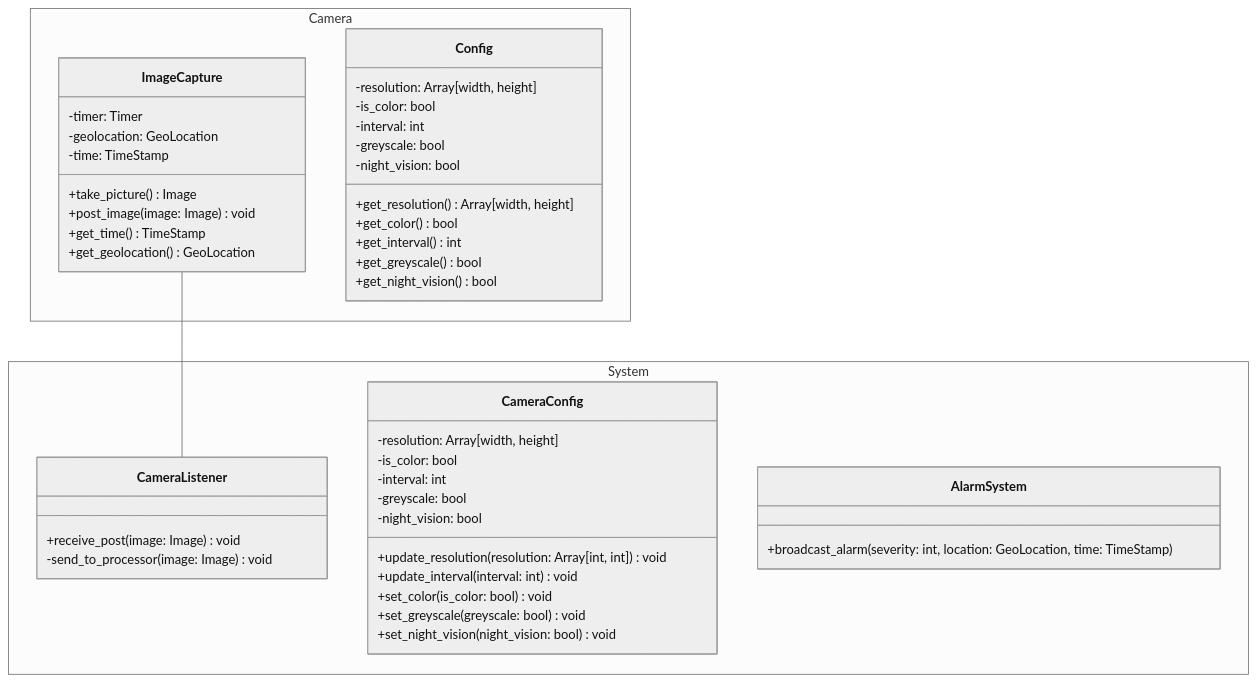
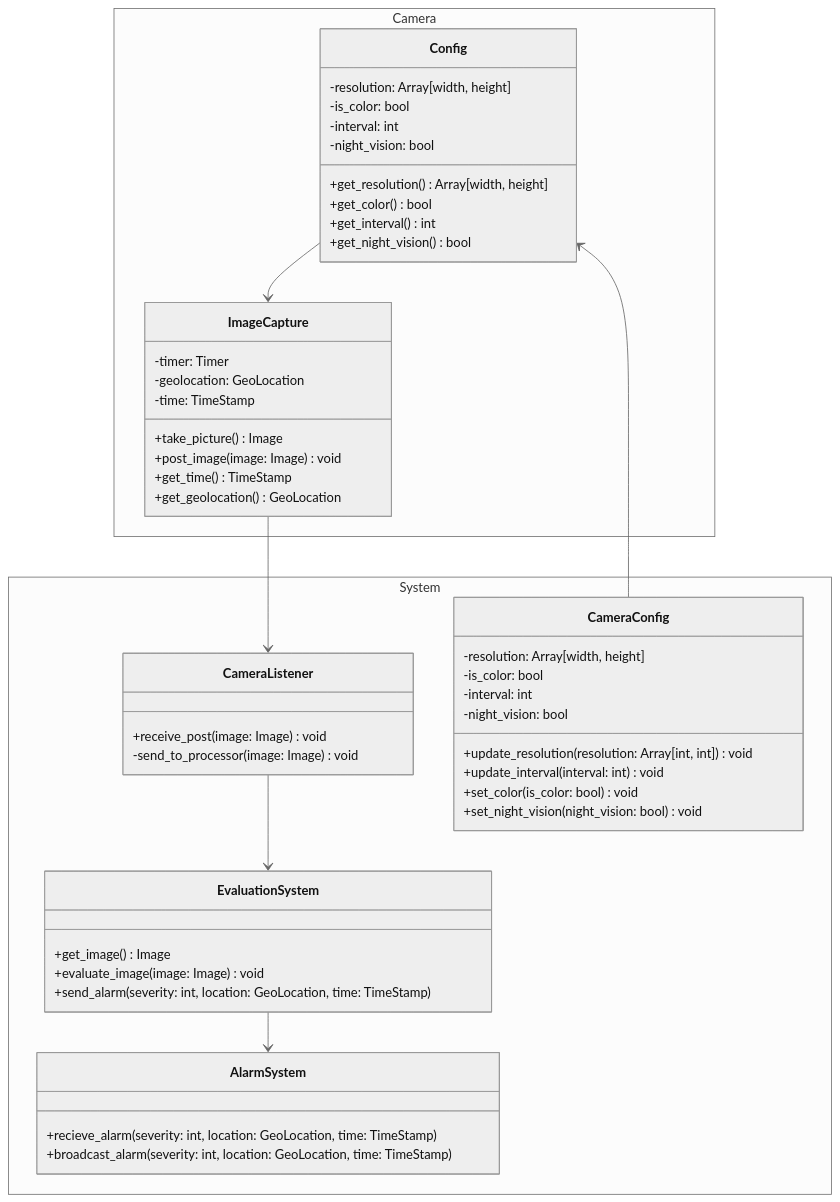
One commit to RandomBird058/CS250-F26-Group7 changed the diagram in backend_UML_class_diagram.mmd. Above: the diagram before and after it, drawn with Mermaid (neutral theme).

Commit message:
Added EvaluationSystem and connecting arrows.

```diff
--- a/backend_UML_class_diagram.mmd
+++ b/backend_UML_class_diagram.mmd
@@ -1,54 +1,63 @@
 classDiagram
-    namespace Camera {
-        class ImageCapture {
-            -timer: Timer
-            -geolocation: GeoLocation
-            -time: TimeStamp
+   
+   ImageCapture --> CameraListener
+    Config --> ImageCapture
+   Config <-- CameraConfig
+   CameraListener --> EvaluationSystem
+   EvaluationSystem --> AlarmSystem
+
+   namespace Camera {
+    class ImageCapture {
+        -timer: Timer
+        -geolocation: GeoLocation
+        -time: TimeStamp
 
             +take_picture() Image
             +post_image(image: Image) void
             +get_time() TimeStamp
             +get_geolocation() GeoLocation
         }
 
         class Config {
             -resolution: Array[width, height]
             -is_color: bool
             -interval: int
-            -greyscale: bool
             -night_vision: bool
 
             +get_resolution() Array[width, height]
             +get_color() bool
             +get_interval() int
-            +get_greyscale() bool
             +get_night_vision() bool
         }
     }
 
     namespace System {
         class CameraListener {
             +receive_post(image: Image) void
             -send_to_processor(image: Image) void
         }
 
         class CameraConfig {
             -resolution: Array[width, height]
             -is_color: bool
             -interval: int
-            -greyscale: bool
             -night_vision: bool
 
             +update_resolution(resolution: Array[int, int]) void
             +update_interval(interval: int) void
             +set_color(is_color: bool) void
-            +set_greyscale(greyscale: bool) void
             +set_night_vision(night_vision: bool) void
         }
 
+        class EvaluationSystem {
+            +get_image() Image
+            +evaluate_image(image: Image) void
+            +send_alarm(severity: int, location: GeoLocation, time: TimeStamp)
+
+        }
+
         class AlarmSystem {
+            +recieve_alarm(severity: int, location: GeoLocation, time: TimeStamp)
             +broadcast_alarm(severity: int, location: GeoLocation, time: TimeStamp)
         }
     }
-
-    ImageCapture -- CameraListener
```
